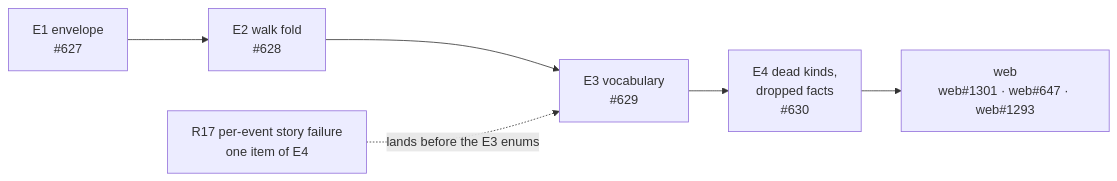
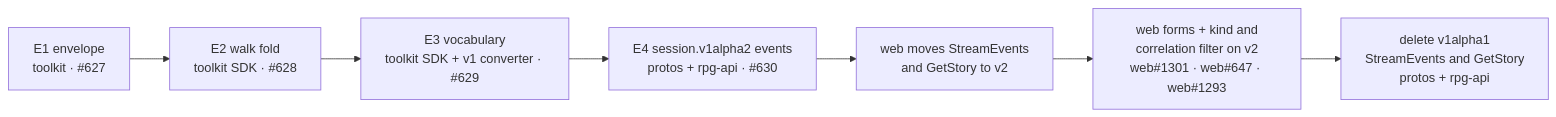
The second of 2 diagrams in ideas/event-stream/design.md (KirkDiggler/rpg-project), drawn with Mermaid before and after one commit. The commit also changed other lines of this file and 1 other file, not shown here.

First line of the commit message:
design(event-stream): the cleaned stream is session v1alpha2

````diff
--- a/ideas/event-stream/design.md
+++ b/ideas/event-stream/design.md
@@ -33,5 +38,4 @@
 ```mermaid
 flowchart LR
-    E1[E1 envelope<br/>#627] --> E2[E2 walk fold<br/>#628] --> E3[E3 vocabulary<br/>#629] --> E4[E4 dead kinds,<br/>dropped facts<br/>#630] --> W[web<br/>web#1301 · web#647 · web#1293]
-    R17[R17 per-event story failure<br/>one item of E4] -.lands before the E3 enums.-> E3
+    E1[E1 envelope<br/>toolkit · #627] --> E2[E2 walk fold<br/>toolkit SDK · #628] --> E3[E3 vocabulary<br/>toolkit SDK + v1 converter · #629] --> E4[E4 session.v1alpha2 events<br/>protos + rpg-api · #630] --> W1[web moves StreamEvents<br/>and GetStory to v2] --> W2[web forms + kind and<br/>correlation filter on v2<br/>web#1301 · web#647 · web#1293] --> D[delete v1alpha1<br/>StreamEvents and GetStory<br/>protos + rpg-api]
 ```
````
